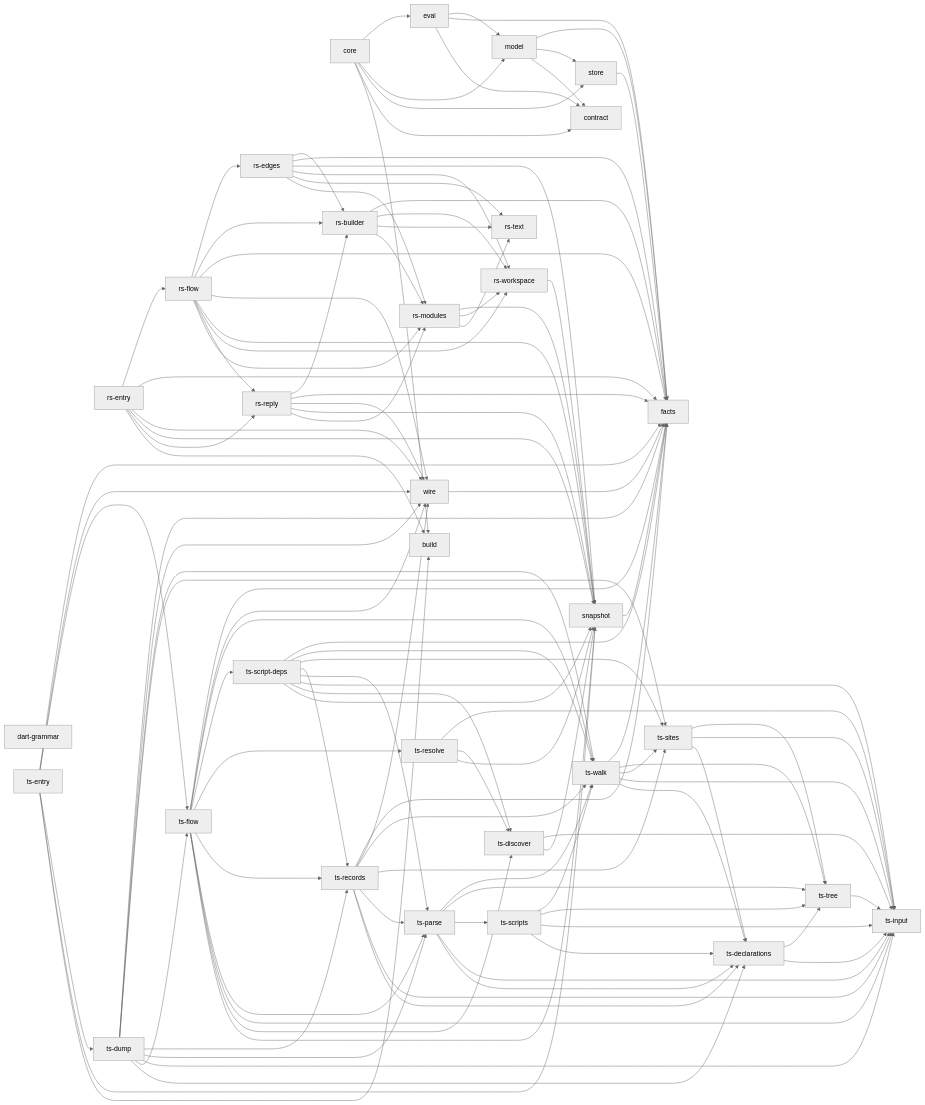
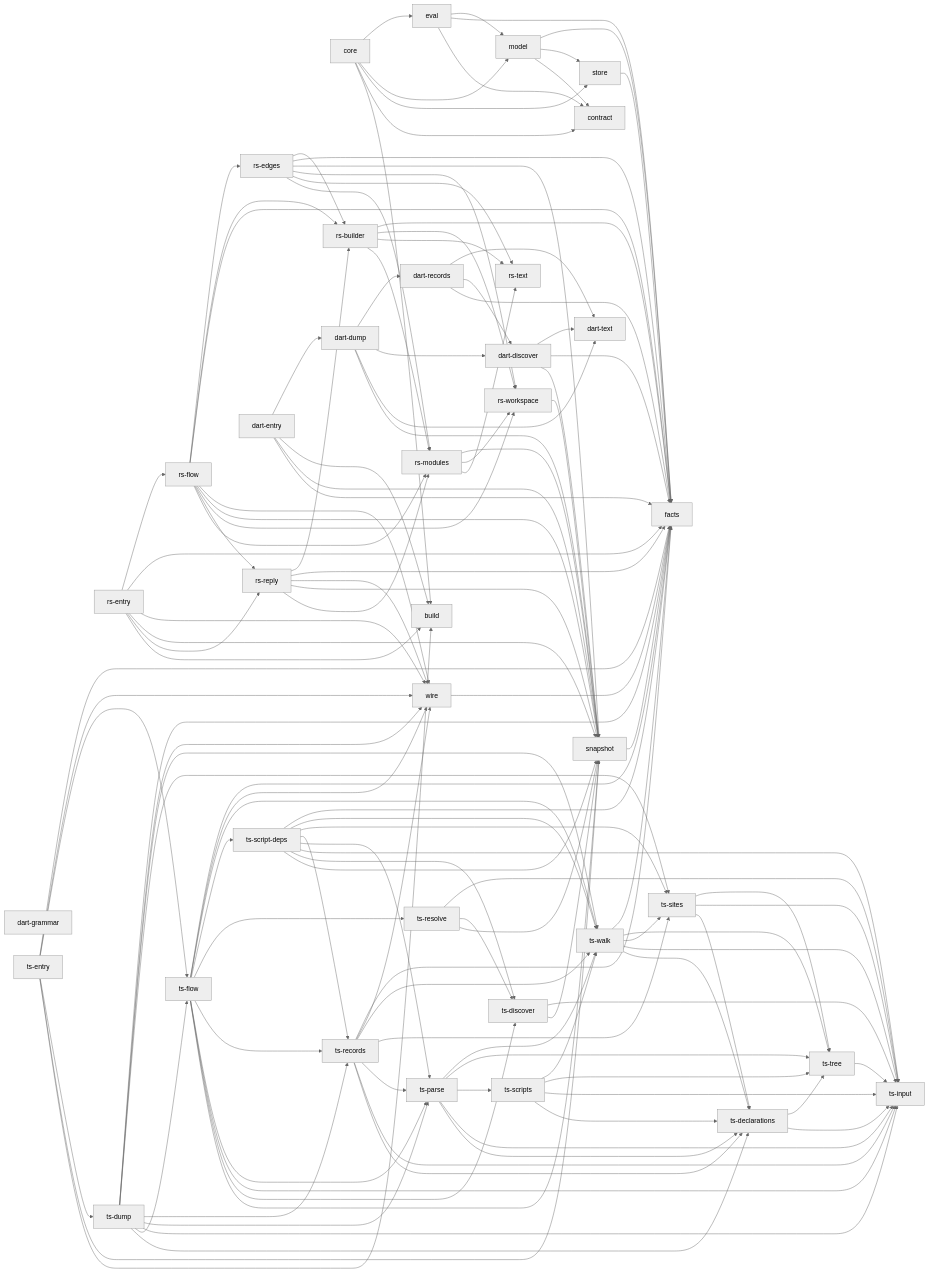
The diagram in docs/architecture/native.md (rapiddweller/archkeel), drawn with Mermaid (neutral theme) before and after one commit.

Commit message:
Add the Dart components to the native component graph

````diff
--- a/docs/architecture/native.md
+++ b/docs/architecture/native.md
@@ -106,6 +106,11 @@
     n_29["ts-walk"]
     n_30["wire"]
     n_31["eval"]
+    n_32["dart-text"]
+    n_33["dart-discover"]
+    n_34["dart-records"]
+    n_35["dart-dump"]
+    n_36["dart-entry"]
     n_10 --> n_12
     n_10 --> n_13
     n_10 --> n_14
@@ -218,4 +223,18 @@
     n_31 --> n_1
     n_31 --> n_4
     n_31 --> n_5
+    n_33 --> n_14
+    n_33 --> n_4
+    n_33 --> n_32
+    n_34 --> n_4
+    n_34 --> n_33
+    n_34 --> n_32
+    n_35 --> n_14
+    n_35 --> n_32
+    n_35 --> n_33
+    n_35 --> n_34
+    n_36 --> n_4
+    n_36 --> n_14
+    n_36 --> n_0
+    n_36 --> n_35
 ```
````
